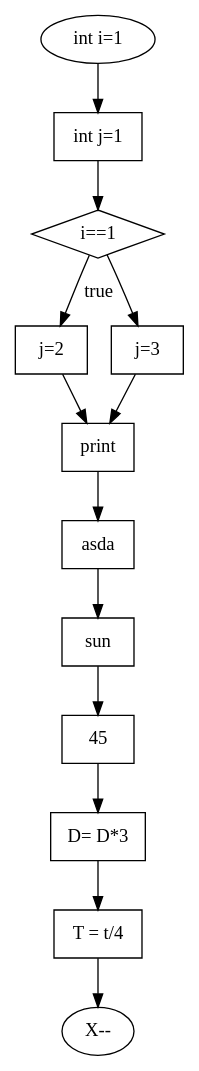
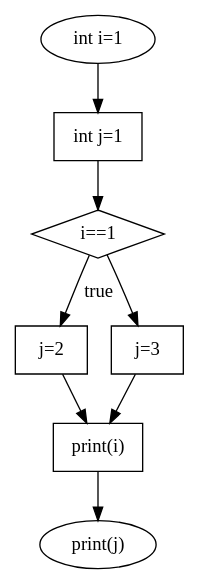
One commit to b3f815/flowChartMaker changed the diagram in output/DotFile.dot. Above: the diagram before and after it, drawn with Graphviz. The commit also changed 15 other files, not shown here.

```diff
--- a/output/DotFile.dot
+++ b/output/DotFile.dot
@@ -1,26 +1,16 @@
 digraph{
 "int i=1"[shape=oval]
 "int j=1"[shape=box]
 "int i=1" -> "int j=1"
 "i==1"[shape=diamond]
 "int j=1" -> "i==1"
 "j=2"[shape=box]
 "i==1" -> "j=2"[label = true]
 "j=3"[shape=box]
 "i==1" -> "j=3"
-"print"[shape=box]
-"j=3" -> "print"
-"j=2" -> "print"
-"asda"[shape=box]
-"print" -> "asda"
-"sun"[shape=box]
-"asda" -> "sun"
-"45"[shape=box]
-"sun" -> "45"
-"D= D*3"[shape=box]
-"45" -> "D= D*3"
-"T = t/4"[shape=box]
-"D= D*3" -> "T = t/4"
-"X--"[shape=oval]
-"T = t/4" -> "X--"
+"print(i)"[shape=box]
+"j=3" -> "print(i)"
+"j=2" -> "print(i)"
+"print(j)"[shape=oval]
+"print(i)" -> "print(j)"
 }
```
